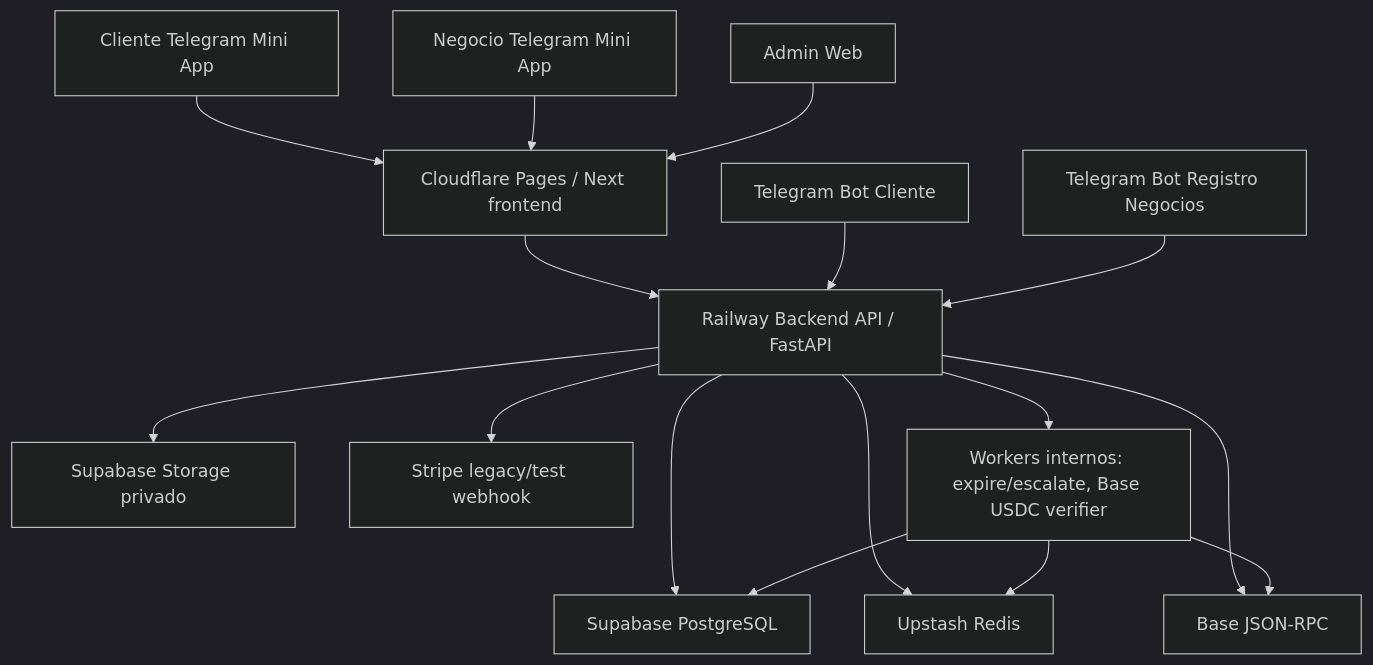
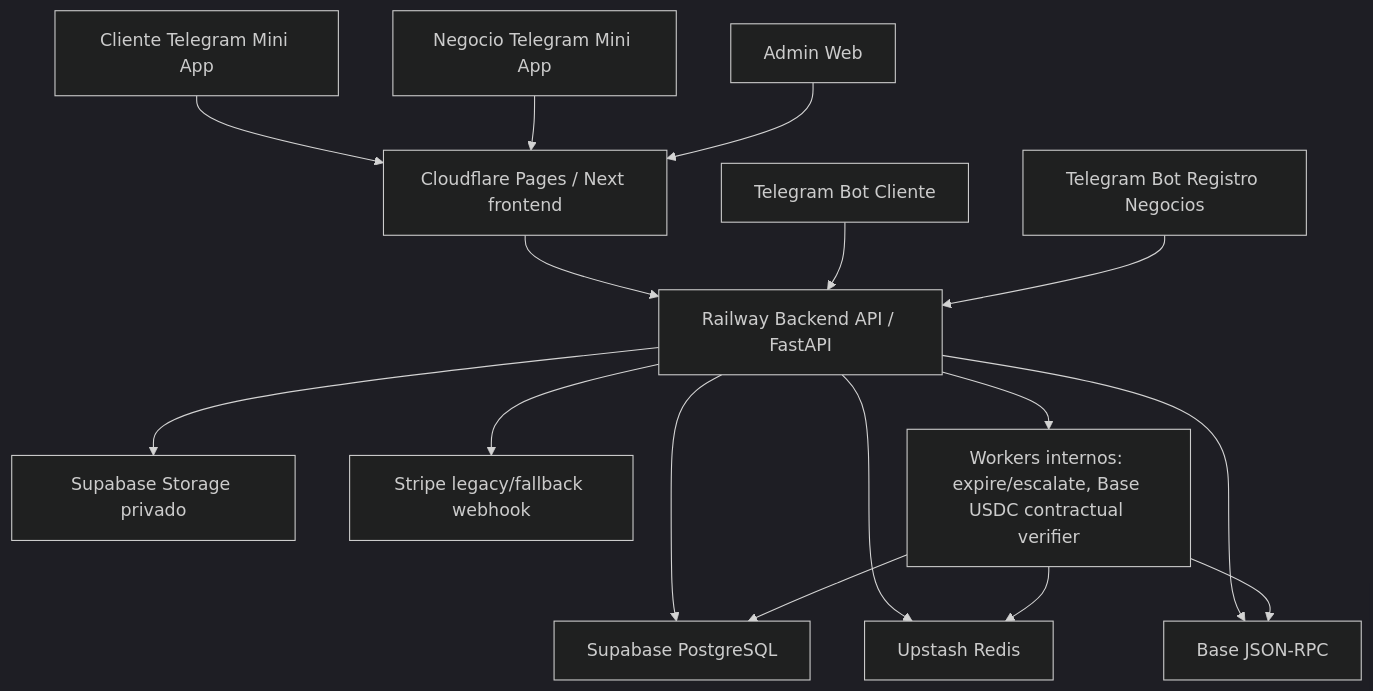
Before and after one commit to Goldempire-coder/NODO: the diagram in operations/SYSTEM_MAP.md, drawn with Mermaid (dark theme). The commit also changed other lines of this file and 21 other files, not shown here.

````diff
--- a/operations/SYSTEM_MAP.md
+++ b/operations/SYSTEM_MAP.md
@@ -8,18 +8,18 @@
 ```mermaid
 flowchart TD
   Client["Cliente Telegram Mini App"] --> CF["Cloudflare Pages / Next frontend"]
   Business["Negocio Telegram Mini App"] --> CF
   Admin["Admin Web"] --> CF
   CF --> API["Railway Backend API / FastAPI"]
   TelegramClient["Telegram Bot Cliente"] --> API
   TelegramIntake["Telegram Bot Registro Negocios"] --> API
   API --> PG["Supabase PostgreSQL"]
   API --> Redis["Upstash Redis"]
   API --> Storage["Supabase Storage privado"]
   API --> BaseRPC["Base JSON-RPC"]
-  API --> Stripe["Stripe legacy/test webhook"]
-  API --> Jobs["Workers internos: expire/escalate, Base USDC verifier"]
+  API --> Stripe["Stripe legacy/fallback webhook"]
+  API --> Jobs["Workers internos: expire/escalate, Base USDC contractual verifier"]
   Jobs --> PG
   Jobs --> Redis
   Jobs --> BaseRPC
 ```
````
